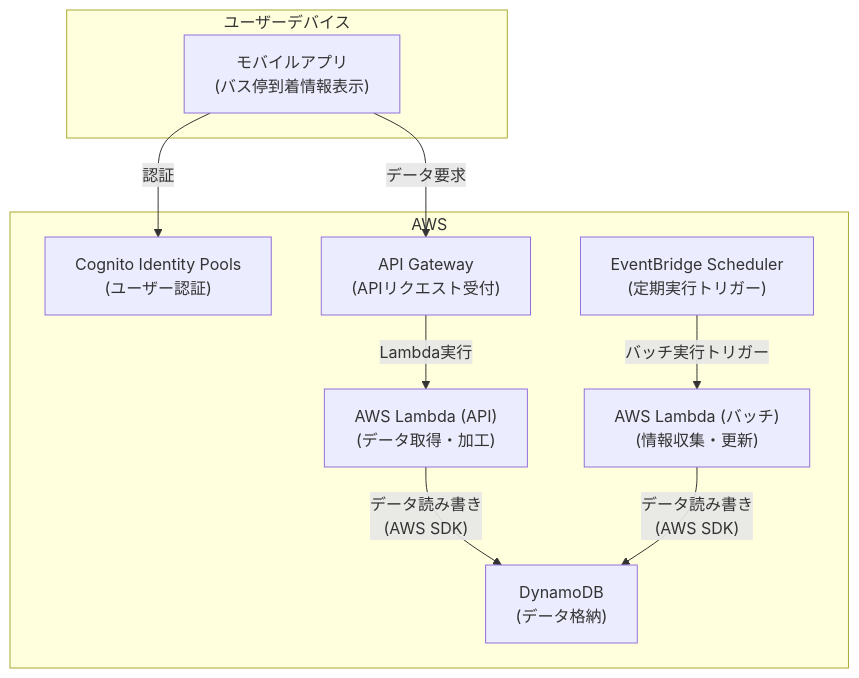
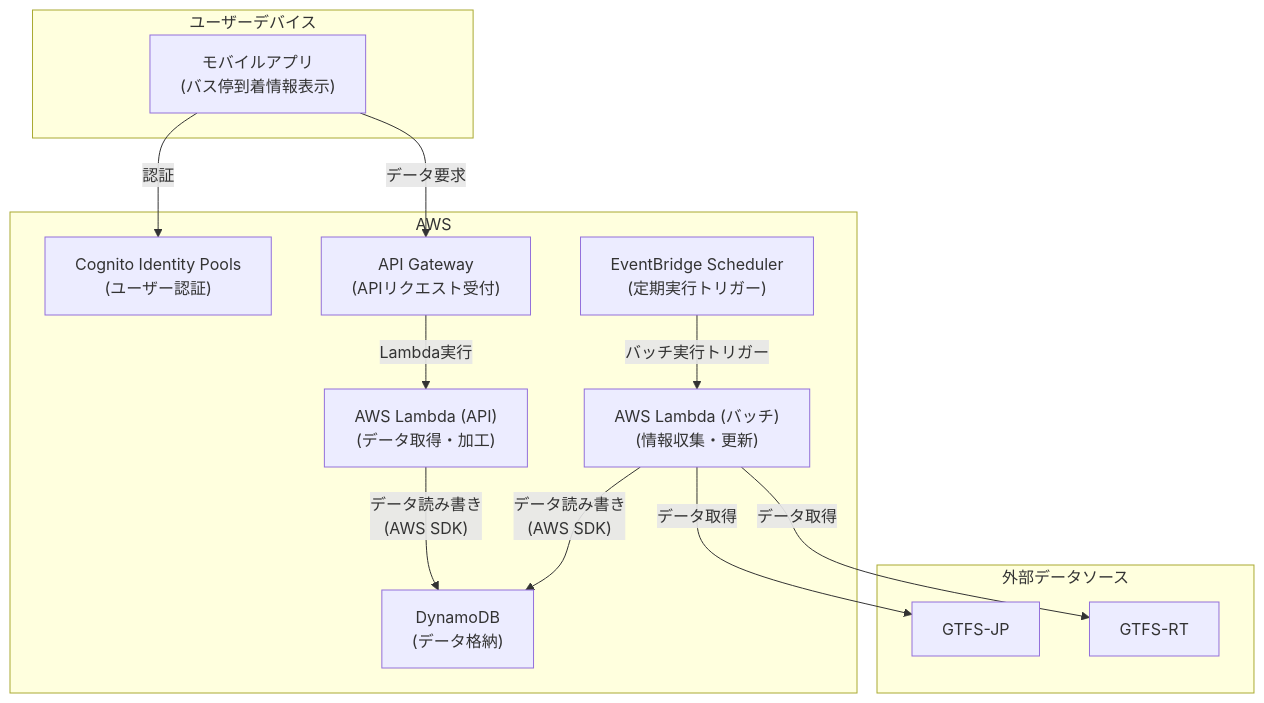
One commit to thsic/Maniae changed the diagram in docs/02_システム構成図.md. Above: the diagram before and after it, drawn with Mermaid. The commit also changed other lines of this file and 9 other files, not shown here.

````diff
--- a/docs/02_システム構成図.md
+++ b/docs/02_システム構成図.md
@@ -3,22 +3,29 @@
 ```mermaid
 graph TD
     subgraph "ユーザーデバイス"
         A["モバイルアプリ<br/>(バス停到着情報表示)"]
     end
 
     subgraph "AWS"
         B["Cognito Identity Pools<br/>(ユーザー認証)"]
         C["API Gateway<br/>(APIリクエスト受付)"]
         D["AWS Lambda (API)<br/>(データ取得・加工)"]
         E["AWS Lambda (バッチ)<br/>(情報収集・更新)"]
         F["DynamoDB<br/>(データ格納)"]
         G["EventBridge Scheduler<br/>(定期実行トリガー)"]
     end
 
+    subgraph "外部データソース"
+        H["GTFS-JP"]    
+        I["GTFS-RT"]
+    end
+
     A -- "認証" --> B
     A -- "データ要求" --> C
     C -- "Lambda実行" --> D
     D -- "データ読み書き<br/>(AWS SDK)" --> F
     G -- "バッチ実行トリガー" --> E
     E -- "データ読み書き<br/>(AWS SDK)" --> F
+    E -- "データ取得" --> H
+    E -- "データ取得" --> I
 ```
````
